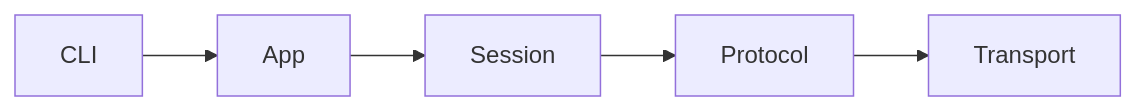
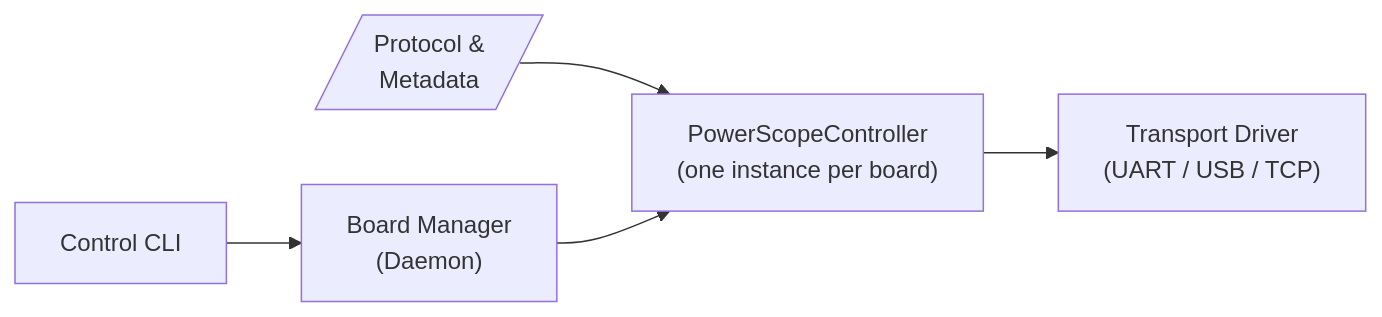
Before and after one commit to brahimab8/stm32-power-scope: the first of 7 diagrams in docs/architecture.md, drawn with Mermaid. The commit also changed other lines of this file and 8 other files, not shown here.

Commit message:
docs: rewrite README and architecture; add new docs for the daemon, ctr_cli and build & test workflows; ensure path consistency across docs

````diff
--- a/docs/architecture.md
+++ b/docs/architecture.md
@@ -27,10 +39,12 @@
 ```mermaid
 flowchart LR
-  CLI[CLI]
-  APP[App]
-  SESSION[Session]
-  PROTO[Protocol]
-  TRANSPORT[Transport]
+  CLI[Control CLI]
+  DAEMON["Board Manager <br> (Daemon)"]
+  CTRL["PowerScopeController <br> (one instance per board)"]
+  METADATA[/Protocol & <br> Metadata/]
+  TRANSPORT["Transport Driver <br>(UART / USB / TCP)"]
 
-  CLI --> APP --> SESSION --> PROTO --> TRANSPORT
+  METADATA --> CTRL  
+  CLI --> DAEMON --> CTRL --> TRANSPORT
+
 ```
````
